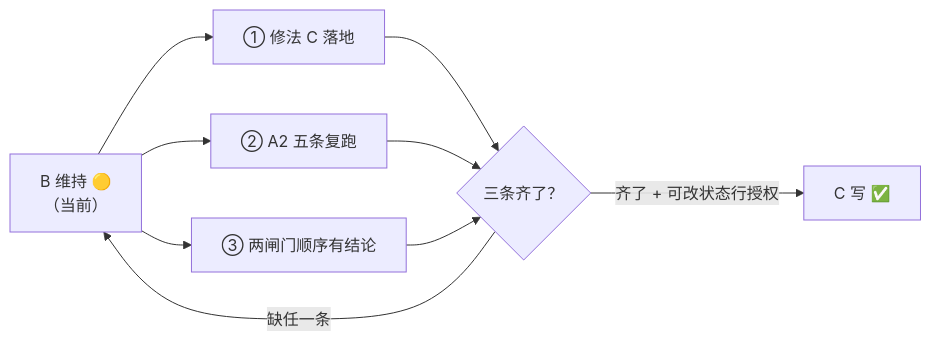
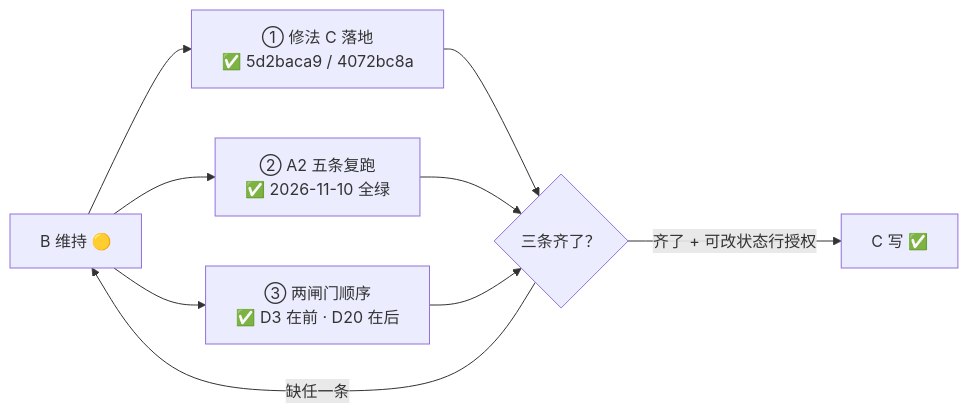
Before and after one commit to byfbaish/AI-Novel-Writer: the diagram in docs/handoffs/2026-11-09-d3-b-to-c-handoff.md, drawn with Mermaid. The commit also changed other lines of this file and 2 other files, not shown here.

First line of the commit message:
docs(d3) 前置②③ 实机跑通：A2 五条全绿 + 两闸门顺序有结论

````diff
--- a/docs/handoffs/2026-11-09-d3-b-to-c-handoff.md
+++ b/docs/handoffs/2026-11-09-d3-b-to-c-handoff.md
@@ -68,11 +118,11 @@
 ```mermaid
 flowchart LR
-  B["B 维持 🟡<br/>（当前）"] --> P1["① 修法 C 落地"]
-  B --> P2["② A2 五条复跑"]
-  B --> P3["③ 两闸门顺序有结论"]
+  B["B 维持 🟡"] --> P1["① 修法 C 落地<br/>✅ 5d2baca9 / 4072bc8a"]
+  B --> P2["② A2 五条复跑<br/>✅ 2026-11-10 全绿"]
+  B --> P3["③ 两闸门顺序<br/>✅ D3 在前 · D20 在后"]
   P1 --> G{"三条齐了？"}
   P2 --> G
   P3 --> G
   G -->|缺任一条| B
   G -->|齐了 + 可改状态行授权| OK["C 写 ✅"]
 ```
````
